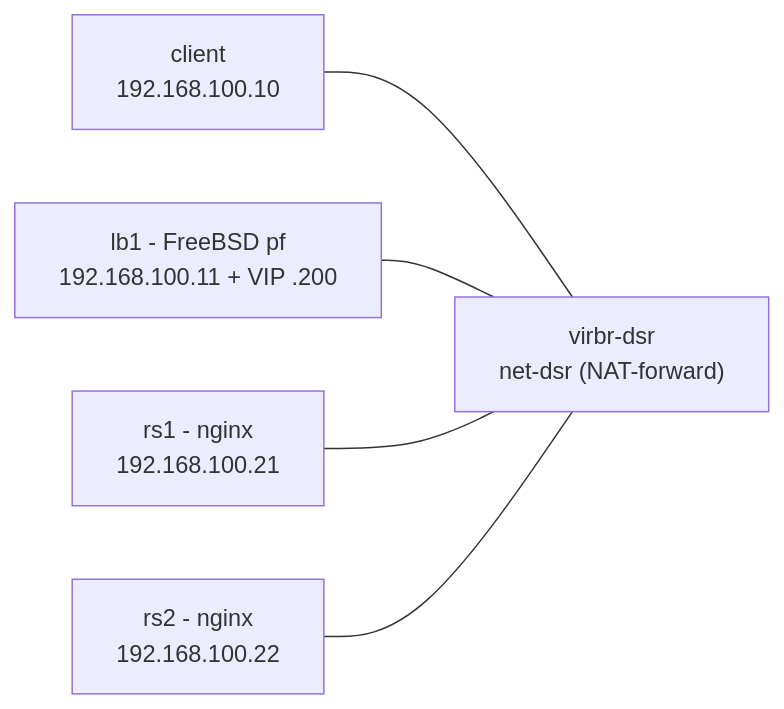
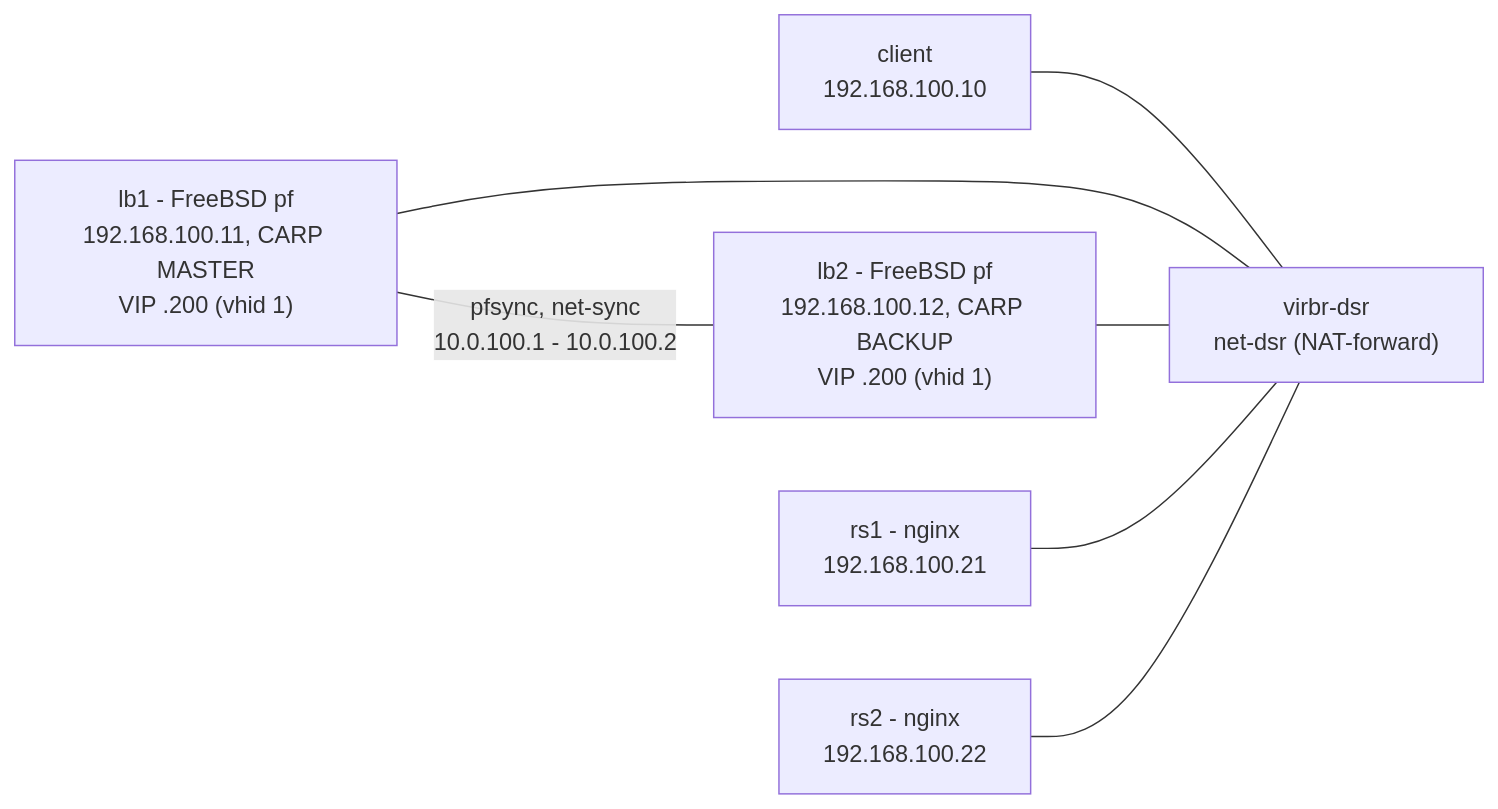
Before and after one commit to wsgoggway/lb-dsr-lab: the first of 2 diagrams in README.md, drawn with Mermaid. The commit also changed other lines of this file and 19 other files, not shown here.

Commit message:
feat: phase 2 - CARP pair lb1+lb2 (vhid 1, advskew 0/100, preempt) + pfsync over net-sync, t07 failover test

````diff
--- a/README.md
+++ b/README.md
@@ -36,7 +43,9 @@
 ```mermaid
 flowchart LR
     C["client<br/>192.168.100.10"] --- BR["virbr-dsr<br/>net-dsr (NAT-forward)"]
-    L["lb1 - FreeBSD pf<br/>192.168.100.11 + VIP .200"] --- BR
+    L1["lb1 - FreeBSD pf<br/>192.168.100.11, CARP MASTER<br/>VIP .200 (vhid 1)"] --- BR
+    L2["lb2 - FreeBSD pf<br/>192.168.100.12, CARP BACKUP<br/>VIP .200 (vhid 1)"] --- BR
     R1["rs1 - nginx<br/>192.168.100.21"] --- BR
     R2["rs2 - nginx<br/>192.168.100.22"] --- BR
+    L1 ---|"pfsync, net-sync<br/>10.0.100.1 - 10.0.100.2"| L2
 ```
````
